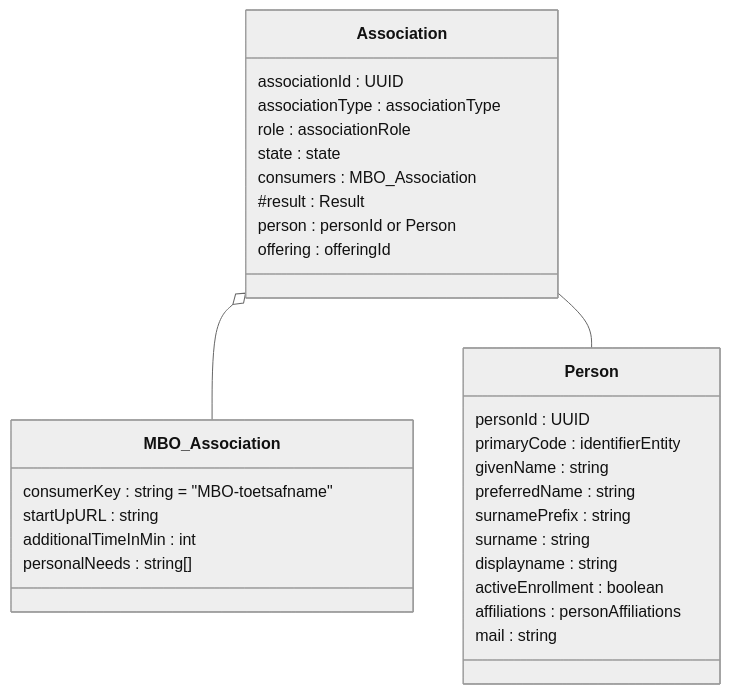
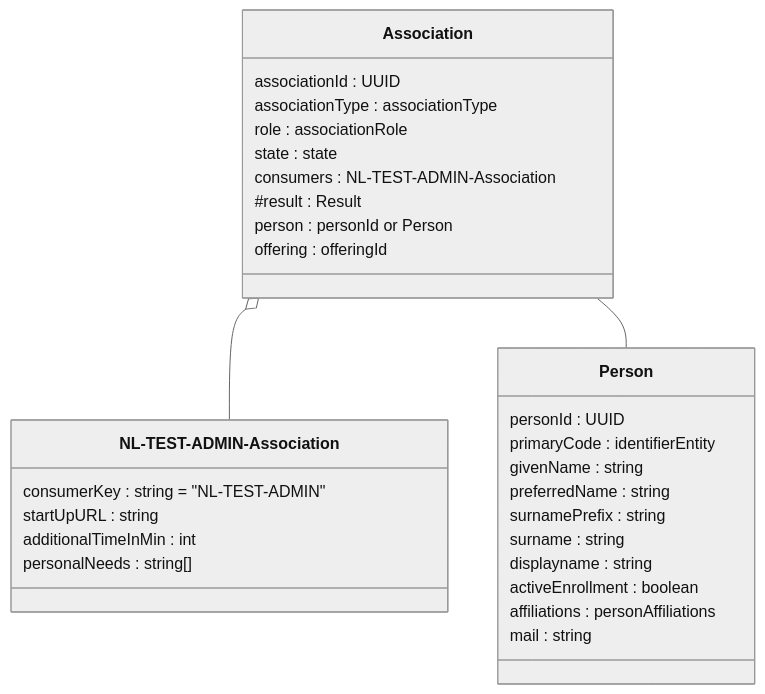
Before and after one commit to NetwerkExamineringDigitalisering/NED-OOAPI: the fourth of 10 diagrams in doc/flow2.md, drawn with Mermaid (neutral theme). The commit also changed other lines of this file and 11 other files, not shown here.

````diff
--- a/doc/flow2.md
+++ b/doc/flow2.md
@@ -161,33 +161,33 @@
 ```mermaid
 classDiagram
     class Association {
     	associationId : UUID
 	associationType : associationType
 	role : associationRole
 	state : state
-	consumers : MBO_Association
+	consumers : NL-TEST-ADMIN-Association
 #	result : Result
 	person : personId or Person
 	offering : offeringId
     }
-    class MBO_Association {
-    	consumerKey : string = "MBO-toetsafname"
+    class NL-TEST-ADMIN-Association {
+    	consumerKey : string = "NL-TEST-ADMIN"
 	startUpURL : string
 	additionalTimeInMin : int
 	personalNeeds : string[]
     }
     class Person {
 	personId : UUID
 	primaryCode : identifierEntity
 	givenName : string
 	preferredName : string
 	surnamePrefix : string 
 	surname : string
 	displayname : string
 	activeEnrollment : boolean 
 	affiliations : personAffiliations
 	mail : string
     }
-    Association o-- MBO_Association
+    Association o-- NL-TEST-ADMIN-Association
     Association -- Person
 ```
````
